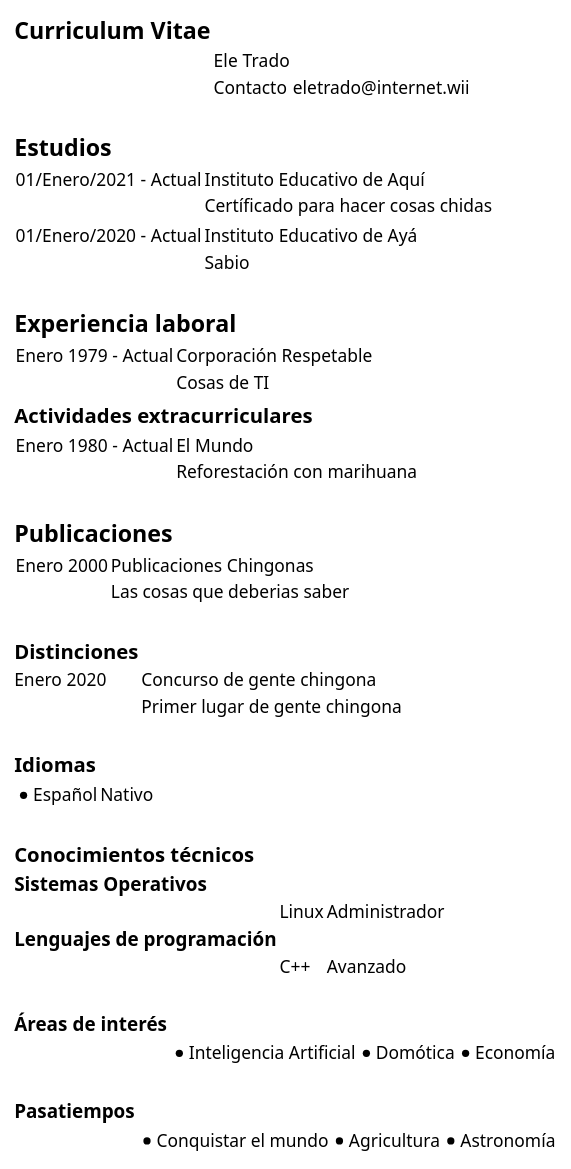
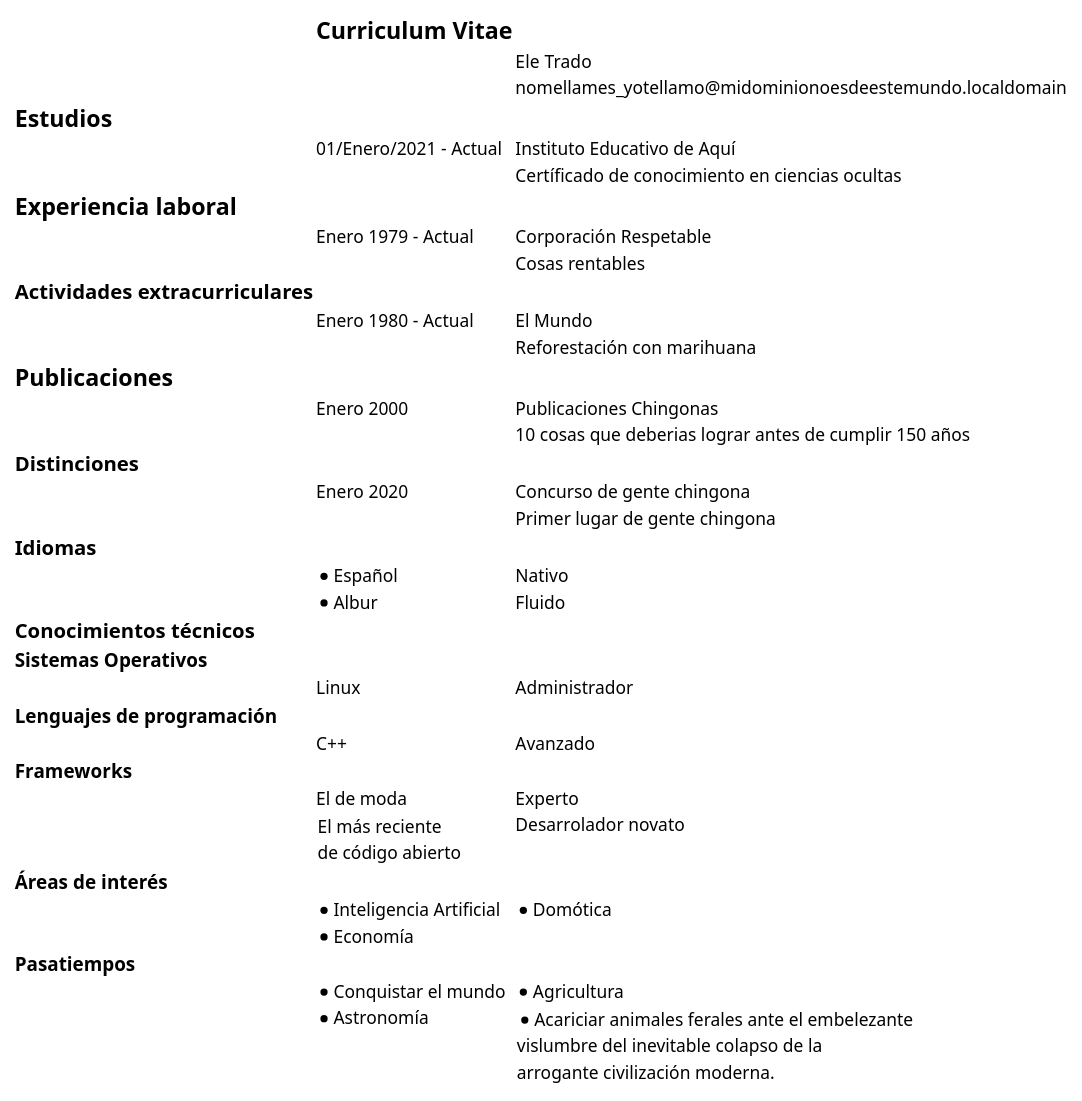
Before and after one commit to emirhg/curriculum-vitae: the diagram in arc/landing.puml, drawn with PlantUML. The commit also changed 1 other file, not shown here.

Commit message:
fix: doc: Corrección de las alineacionses de contenido

```diff
--- a/arc/landing.puml
+++ b/arc/landing.puml
@@ -1,73 +1,43 @@
 @startsalt
-  {
-    {
-      =Curriculum Vitae
-      .| Ele Trado | .
-      .|Contacto | eletrado@internet.wii
-    }
-    .
-    {
-      =Estudios|.
-      {
-        01/Enero/2021 - Actual | Instituto Educativo de Aquí
-        .| Certíficado para hacer cosas chidas
-      }
-      {
-        01/Enero/2020 - Actual | Instituto Educativo de Ayá
-        .| Sabio
-      }
-    }
-    .
-    {
-      =Experiencia laboral | .
-      {
-        Enero 1979 - Actual | Corporación Respetable
-        .|  Cosas de TI
-      }
-    }
-    {
-      ==Actividades extracurriculares | .
-      {
-        Enero 1980 - Actual | El Mundo
-        .|  Reforestación con marihuana
-      }
-    }
-    .
-    {
-      =Publicaciones | .
-      {
-        Enero 2000 | Publicaciones Chingonas
-        .|  Las cosas que deberias saber
-      }
-    }
-    .
-    {
-      ==Distinciones
-      Enero 2020 | Concurso de gente chingona
-      .|  Primer lugar de gente chingona
-    }
-    .
-    {
-      ==Idiomas
-      { * Español | Nativo }
-    }
-    .
-    {
-      ==Conocimientos técnicos
-      ===Sistemas Operativos
-      .| Linux | Administrador
-      ===Lenguajes de programación
-      .| C++ | Avanzado
-    }
-    .
-    {
-      ===Áreas de interés
-      .|{ * Inteligencia Artificial | * Domótica | * Economía }
-    }
-    .
-    {
-      ===Pasatiempos
-      .|{ * Conquistar el mundo | * Agricultura | * Astronomía }
-    }
-  }
+
+{
+  .|=Curriculum Vitae
+  .| .|Ele Trado
+  .|. | nomellames_yotellamo@midominionoesdeestemundo.localdomain
+  =Estudios
+    .|01/Enero/2021 - Actual | Instituto Educativo de Aquí
+    .|.| Certíficado de conocimiento en ciencias ocultas
+  =Experiencia laboral | .
+    .|Enero 1979 - Actual | Corporación Respetable
+    .|.| Cosas rentables
+  ==Actividades extracurriculares | .
+    .|Enero 1980 - Actual | El Mundo
+    .|.|  Reforestación con marihuana
+  =Publicaciones | .
+    .|Enero 2000 | Publicaciones Chingonas
+    .|.|  10 cosas que deberias lograr antes de cumplir 150 años
+  ==Distinciones
+    .| Enero 2020 | Concurso de gente chingona
+    .| .| Primer lugar de gente chingona
+  ==Idiomas
+    . | * Español | Nativo
+    . | * Albur | Fluido
+  ==Conocimientos técnicos
+  ===Sistemas Operativos
+  .| Linux | Administrador
+  ===Lenguajes de programación
+  .| C++ | Avanzado
+  ===Frameworks
+  .| El de moda | Experto
+  .| {El más reciente
+    de código abierto}| Desarrolador novato
+  ===Áreas de interés
+    .| * Inteligencia Artificial | * Domótica
+    .| * Economía
+  ===Pasatiempos
+    .| * Conquistar el mundo | * Agricultura
+    .| * Astronomía | { * Acariciar animales ferales ante el embelezante
+      vislumbre del inevitable colapso de la
+      arrogante civilización moderna. }
+}
 @endsalt
```
